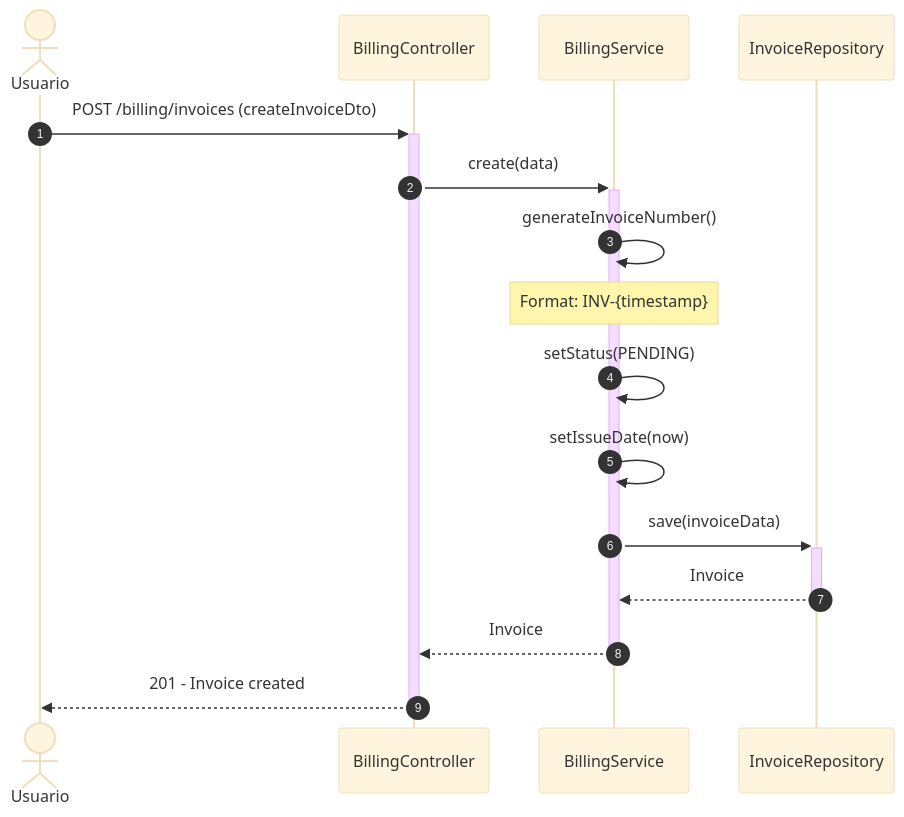
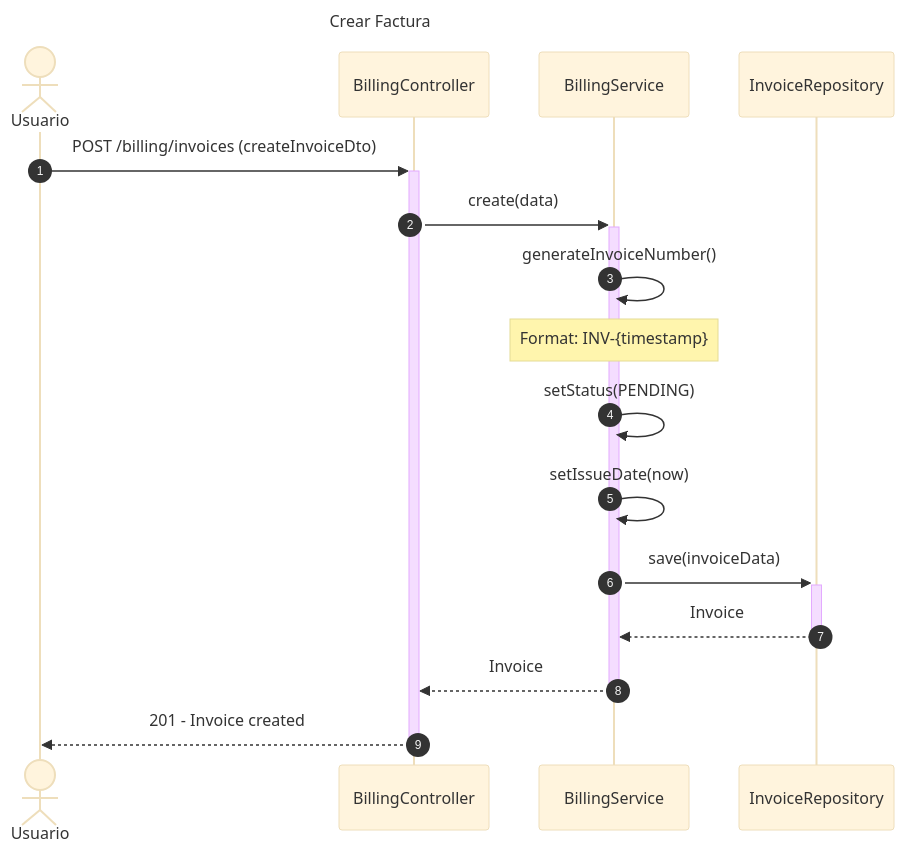
One commit to Nick220505/hotelier-backend changed the first of 7 diagrams in diagrams/sequence/billing-sequence-diagram.md. Above: the diagram before and after it, drawn with Mermaid (base theme). The commit also changed other lines of this file and 5 other files, not shown here.

Commit message:
Add titles to sequence diagrams for Billing, Employees, Inventory, Reservations, Restaurant, and Users modules

````diff
--- a/diagrams/sequence/billing-sequence-diagram.md
+++ b/diagrams/sequence/billing-sequence-diagram.md
@@ -5,23 +5,26 @@
 ```mermaid
+---
+title: Crear Factura
+---
 sequenceDiagram
     autonumber
     actor Usuario
     participant Controller as BillingController
     participant Service as BillingService
     participant InvoiceRepo as InvoiceRepository
 
     Usuario->>+Controller: POST /billing/invoices (createInvoiceDto)
     Controller->>+Service: create(data)
     
     Service->>Service: generateInvoiceNumber()
     Note over Service: Format: INV-{timestamp}
     
     Service->>Service: setStatus(PENDING)
     Service->>Service: setIssueDate(now)
     
     Service->>+InvoiceRepo: save(invoiceData)
     InvoiceRepo-->>-Service: Invoice
     
     Service-->>-Controller: Invoice
     Controller-->>-Usuario: 201 - Invoice created
 ```
````
